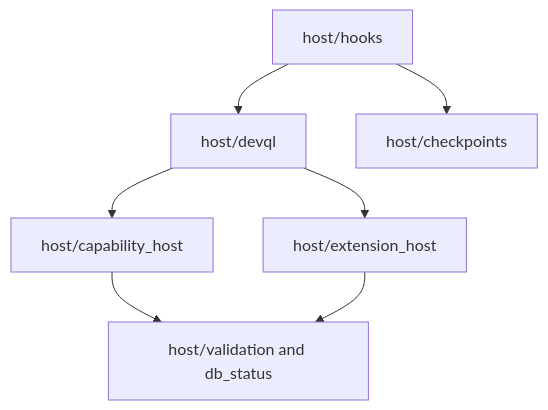
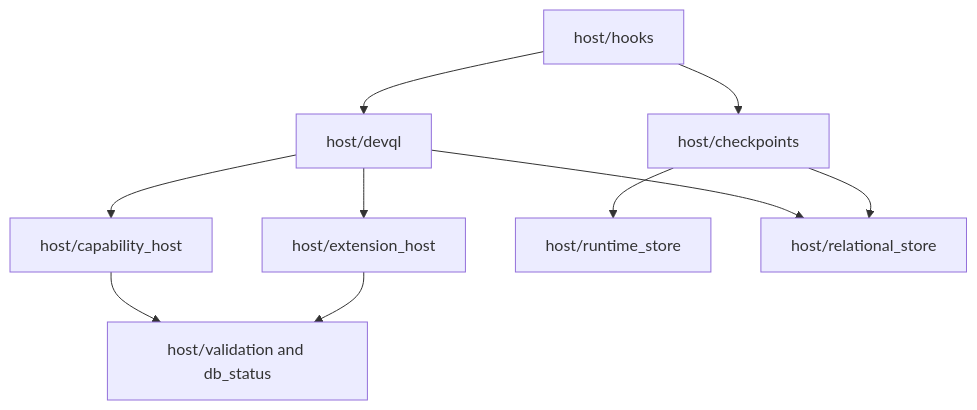
The diagram in documentation/contributors/architecture/host-substrate.md (bitloops/bitloops), drawn with Mermaid before and after one commit. The commit also changed other lines of this file and 12 other files, not shown here.

First line of the commit message:
Enhance storage architecture and bootstrap functionality

````diff
--- a/documentation/contributors/architecture/host-substrate.md
+++ b/documentation/contributors/architecture/host-substrate.md
@@ -7,16 +7,21 @@
 ```mermaid
 flowchart TD
     DEVQL["host/devql"]
     CAPHOST["host/capability_host"]
     EXTHOST["host/extension_host"]
     HOOKS["host/hooks"]
     CHECKPOINTS["host/checkpoints"]
+    RUNTIME["host/runtime_store"]
+    RELSTORE["host/relational_store"]
     VALIDATION["host/validation and db_status"]
 
     DEVQL --> CAPHOST
     DEVQL --> EXTHOST
+    DEVQL --> RELSTORE
     HOOKS --> CHECKPOINTS
     HOOKS --> DEVQL
+    CHECKPOINTS --> RUNTIME
+    CHECKPOINTS --> RELSTORE
     CAPHOST --> VALIDATION
     EXTHOST --> VALIDATION
 ```
````
